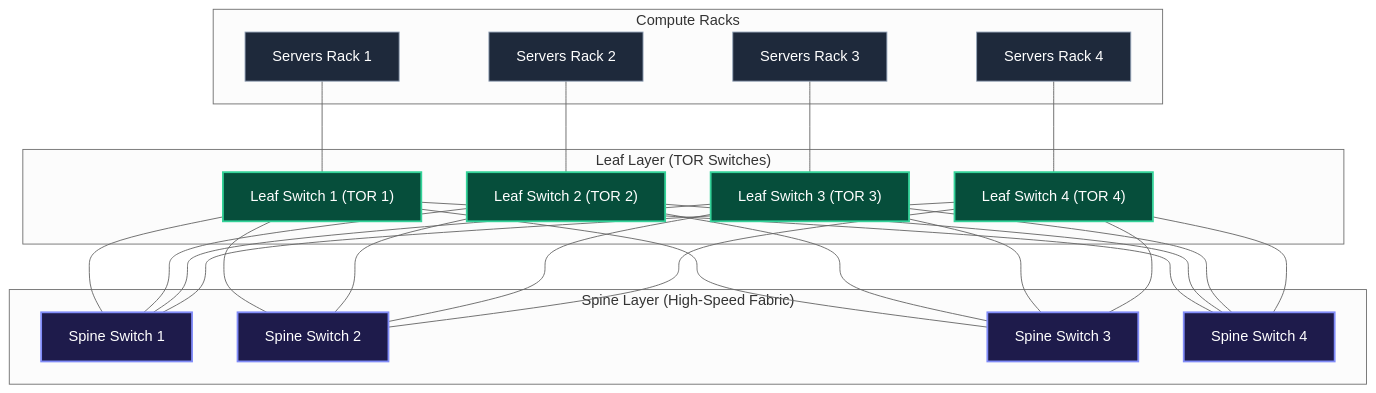
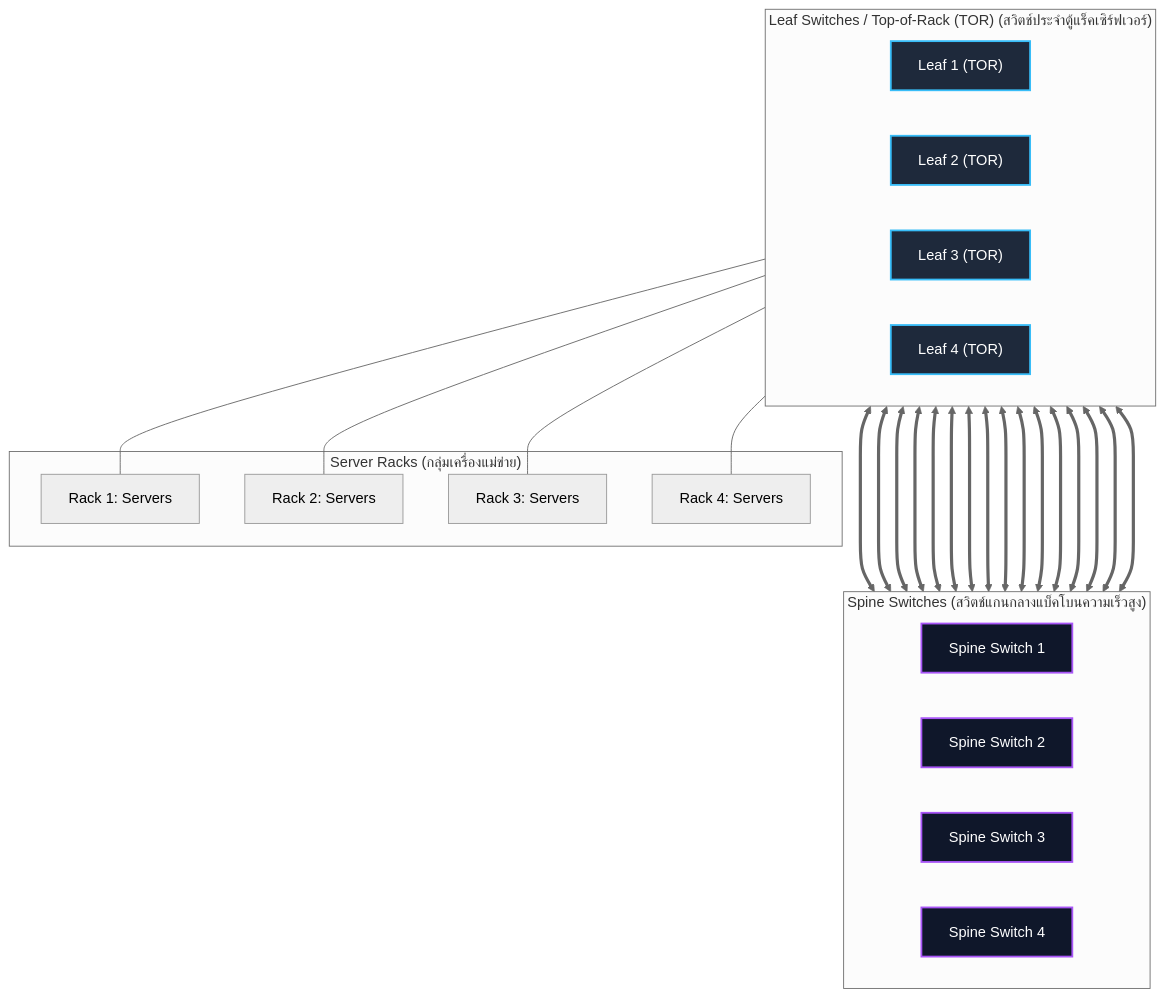
Before and after one commit to kanomoo/computer-network-and-Internet: the sixth of 7 diagrams in 05_Wiki/Chapter_06_Link_Layer_and_Wireless/01_Lecture_06_Chapter_6_Link_Layer_and_LANs_v9.md, drawn with Mermaid (neutral theme). The commit also changed other lines of this file and 8 other files, not shown here.

````diff
--- a/05_Wiki/Chapter_06_Link_Layer_and_Wireless/01_Lecture_06_Chapter_6_Link_Layer_and_LANs_v9.md
+++ b/05_Wiki/Chapter_06_Link_Layer_and_Wireless/01_Lecture_06_Chapter_6_Link_Layer_and_LANs_v9.md
@@ -1024,35 +3584,35 @@
 ```mermaid
 flowchart TD
-    subgraph SPINE_TIER ["Spine Layer (High-Speed Fabric)"]
+    subgraph SpineLayer ["Spine Switches (สวิตช์แกนกลางแบ็คโบนความเร็วสูง)"]
+        direction LR
         S1["Spine Switch 1"]
         S2["Spine Switch 2"]
         S3["Spine Switch 3"]
         S4["Spine Switch 4"]
     end
 
-    subgraph LEAF_TIER ["Leaf Layer (TOR Switches)"]
-        L1["Leaf Switch 1 (TOR 1)"]
-        L2["Leaf Switch 2 (TOR 2)"]
-        L3["Leaf Switch 3 (TOR 3)"]
-        L4["Leaf Switch 4 (TOR 4)"]
+    subgraph LeafLayer ["Leaf Switches / Top-of-Rack (TOR) (สวิตช์ประจำตู้แร็คเซิร์ฟเวอร์)"]
+        direction LR
+        L1["Leaf 1 (TOR)"]
+        L2["Leaf 2 (TOR)"]
+        L3["Leaf 3 (TOR)"]
+        L4["Leaf 4 (TOR)"]
     end
 
-    subgraph SERVERS ["Compute Racks"]
-        RACK1["Servers Rack 1"] --- L1
-        RACK2["Servers Rack 2"] --- L2
-        RACK3["Servers Rack 3"] --- L3
-        RACK4["Servers Rack 4"] --- L4
+    L1 <===> S1 & S2 & S3 & S4
+    L2 <===> S1 & S2 & S3 & S4
+    L3 <===> S1 & S2 & S3 & S4
+    L4 <===> S1 & S2 & S3 & S4
+
+    subgraph Racks ["Server Racks (กลุ่มเครื่องแม่ข่าย)"]
+        L1 --- R1["Rack 1: Servers"]
+        L2 --- R2["Rack 2: Servers"]
+        L3 --- R3["Rack 3: Servers"]
+        L4 --- R4["Rack 4: Servers"]
     end
 
-    L1 --- S1 & S2 & S3 & S4
-    L2 --- S1 & S2 & S3 & S4
-    L3 --- S1 & S2 & S3 & S4
-    L4 --- S1 & S2 & S3 & S4
-
-    classDef spine fill:#1e1b4b,stroke:#818cf8,stroke-width:2px,color:#fff;
-    classDef leaf fill:#064e3b,stroke:#34d399,stroke-width:2px,color:#fff;
-    classDef srv fill:#1e293b,stroke:#94a3b8,stroke-width:1px,color:#fff;
+    classDef spine fill:#0f172a,stroke:#a855f7,stroke-width:2px,color:#fff;
+    classDef leaf fill:#1e293b,stroke:#38bdf8,stroke-width:2px,color:#fff;
     class S1,S2,S3,S4 spine;
     class L1,L2,L3,L4 leaf;
-    class RACK1,RACK2,RACK3,RACK4 srv;
 ```
````
